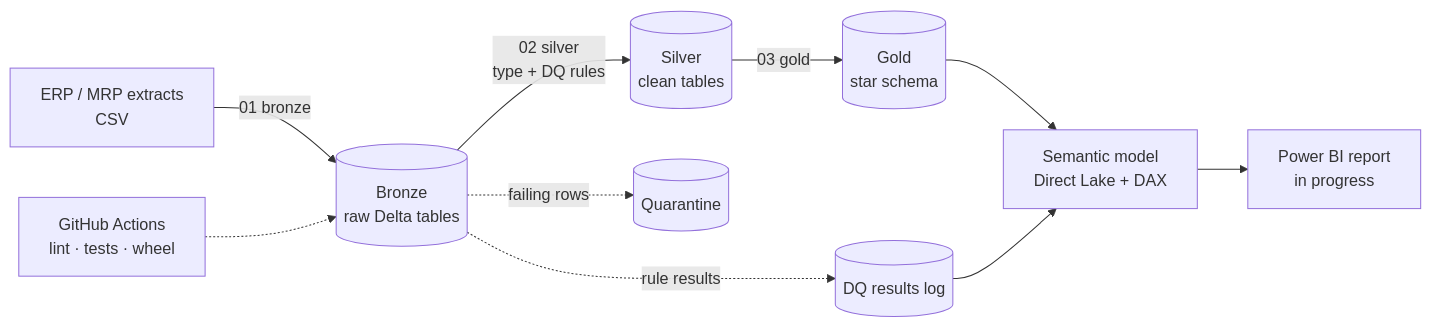
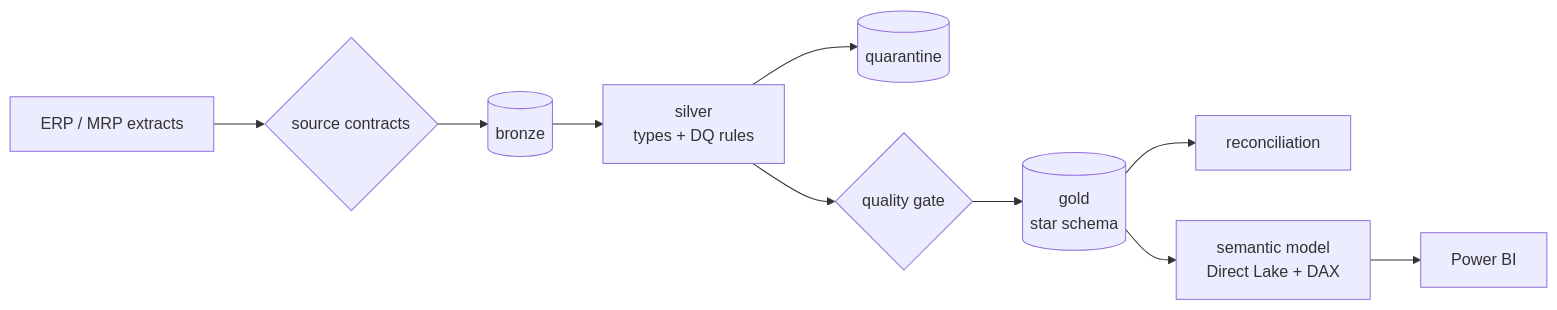
The diagram in README.md (alexanderburblis/mfg-ops-intelligence), drawn with Mermaid before and after one commit. The commit also changed other lines of this file and 1 other file, not shown here.

Commit message:
README: status, DQ demonstration, architecture links

````diff
--- a/README.md
+++ b/README.md
@@ -25,12 +32,12 @@
 ```mermaid
 flowchart LR
-    A[ERP / MRP extracts<br/>CSV] -->|01 bronze| B[(Bronze<br/>raw Delta tables)]
-    B -->|02 silver<br/>type + DQ rules| C[(Silver<br/>clean tables)]
-    B -.->|failing rows| Q[(Quarantine)]
-    C -->|03 gold| D[(Gold<br/>star schema)]
-    B -.->|rule results| R[(DQ results log)]
-    D --> M[Semantic model<br/>Direct Lake + DAX]
-    R --> M
-    M --> P[Power BI report<br/>in progress]
-    G[GitHub Actions<br/>lint · tests · wheel] -.-> B
+    S[ERP / MRP extracts] --> V{source contracts}
+    V --> B[(bronze)]
+    B --> SV[silver<br/>types + DQ rules]
+    SV --> Q[(quarantine)]
+    SV --> G{quality gate}
+    G --> GD[(gold<br/>star schema)]
+    GD --> RC[reconciliation]
+    GD --> SM[semantic model<br/>Direct Lake + DAX]
+    SM --> P[Power BI]
 ```
````
